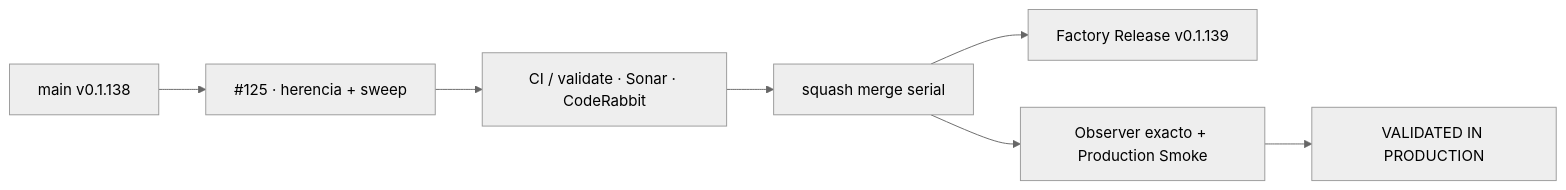
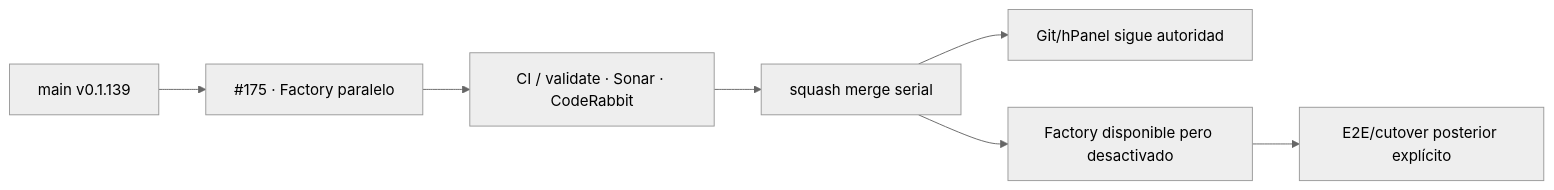
Before and after one commit to pl0n3r/GrindFlow: the diagram in README.md, drawn with Mermaid (neutral theme). The commit also changed other lines of this file and 13 other files, not shown here.

First line of the commit message:
infra: deploy Factory v1 reversible en paralelo (V 0.1.140) (#176)

````diff
--- a/README.md
+++ b/README.md
@@ -46,9 +45,9 @@
 ```mermaid
 flowchart LR
-  A["main v0.1.138"] --> P["#125 · herencia + sweep"]
+  A["main v0.1.139"] --> P["#175 · Factory paralelo"]
   P --> Q["CI / validate · Sonar · CodeRabbit"]
   Q --> M["squash merge serial"]
-  M --> R["Factory Release v0.1.139"]
-  M --> X["Observer exacto + Production Smoke"]
-  X --> Y["VALIDATED IN PRODUCTION"]
+  M --> H["Git/hPanel sigue autoridad"]
+  M --> F["Factory disponible pero desactivado"]
+  F --> E["E2E/cutover posterior explícito"]
 ```
````
